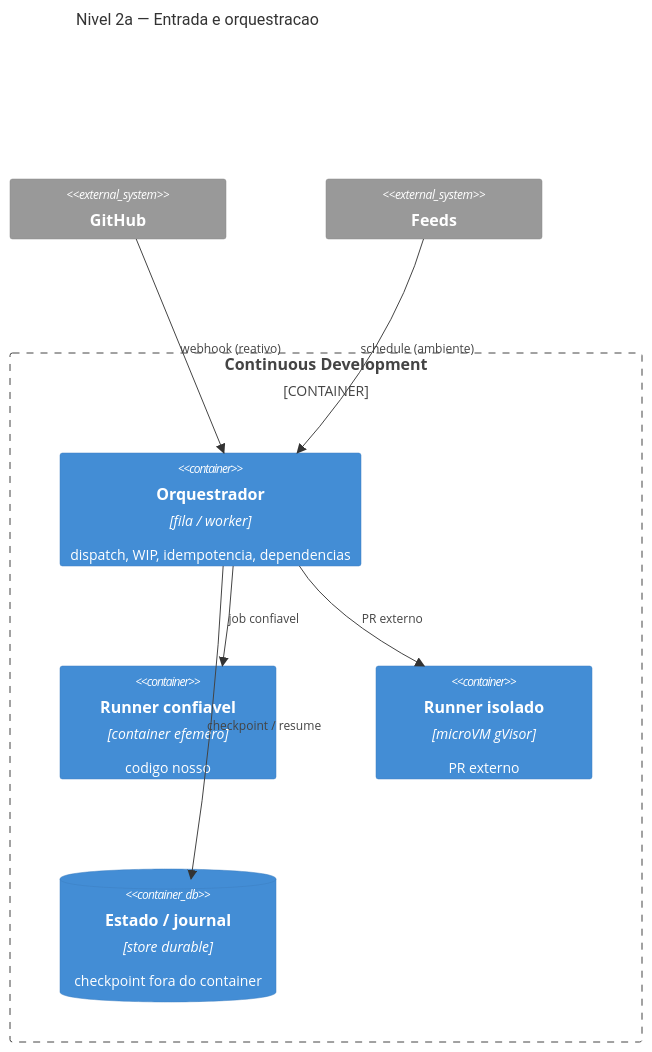
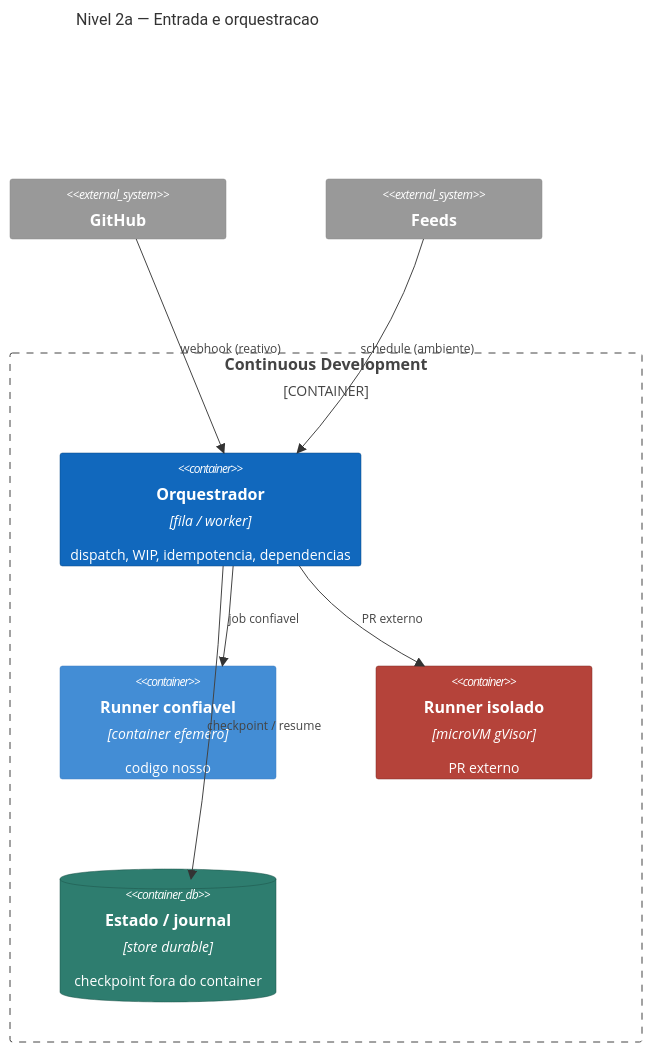
Before and after one commit to CenturyBoys/roboto: the second of 10 diagrams in research/ARCHITECTURE-C4.md, drawn with Mermaid. The commit also changed other lines of this file, not shown here.

First line of the commit message:
docs(research): ARCHITECTURE-C4 rev4 — estilo + profundidade

````diff
--- a/research/ARCHITECTURE-C4.md
+++ b/research/ARCHITECTURE-C4.md
@@ -39,17 +40,21 @@
 ```mermaid
 C4Container
   title Nivel 2a — Entrada e orquestracao
   System_Ext(gh, "GitHub")
   System_Ext(feeds, "Feeds")
   Container_Boundary(cd, "Continuous Development") {
     Container(orch, "Orquestrador", "fila / worker", "dispatch, WIP, idempotencia, dependencias")
     Container(runnerT, "Runner confiavel", "container efemero", "codigo nosso")
     Container(runnerU, "Runner isolado", "microVM gVisor", "PR externo")
     ContainerDb(state, "Estado / journal", "store durable", "checkpoint fora do container")
   }
   Rel(gh, orch, "webhook (reativo)")
   Rel(feeds, orch, "schedule (ambiente)")
   Rel(orch, runnerT, "job confiavel")
   Rel(orch, runnerU, "PR externo")
   Rel(orch, state, "checkpoint / resume")
+  UpdateElementStyle(orch, $bgColor="#1168BD", $fontColor="#ffffff", $borderColor="#0B4884")
+  UpdateElementStyle(runnerU, $bgColor="#B5433A", $fontColor="#ffffff", $borderColor="#7D2B25")
+  UpdateElementStyle(state, $bgColor="#2E7D6F", $fontColor="#ffffff", $borderColor="#1C5349")
+  UpdateLayoutConfig($c4ShapeInRow="2", $c4BoundaryInRow="1")
 ```
````
